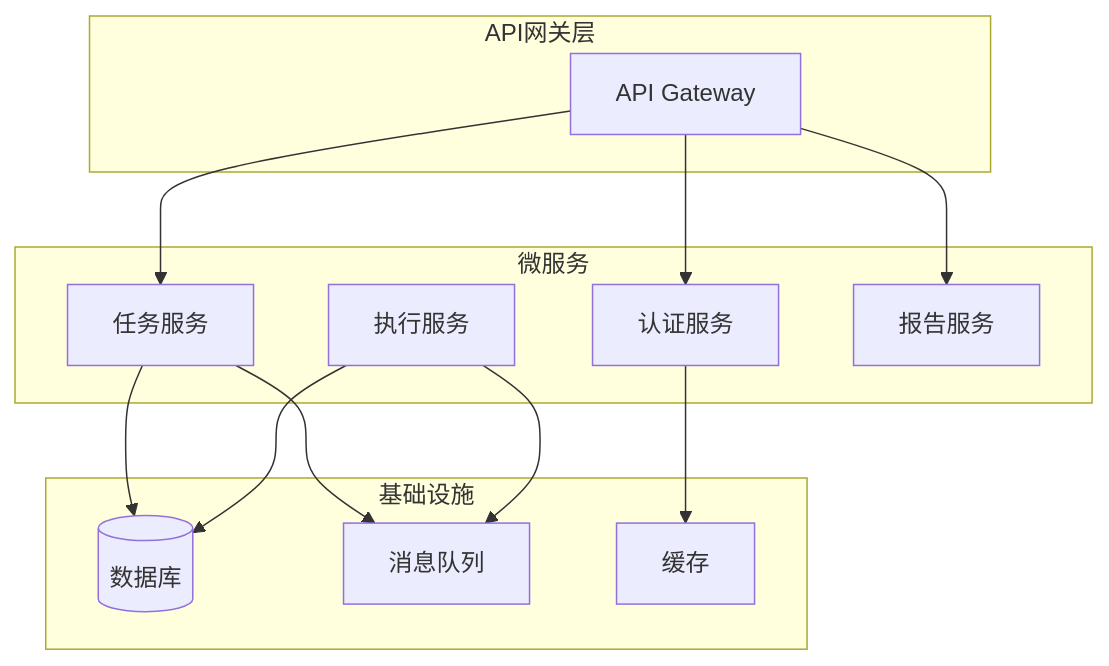
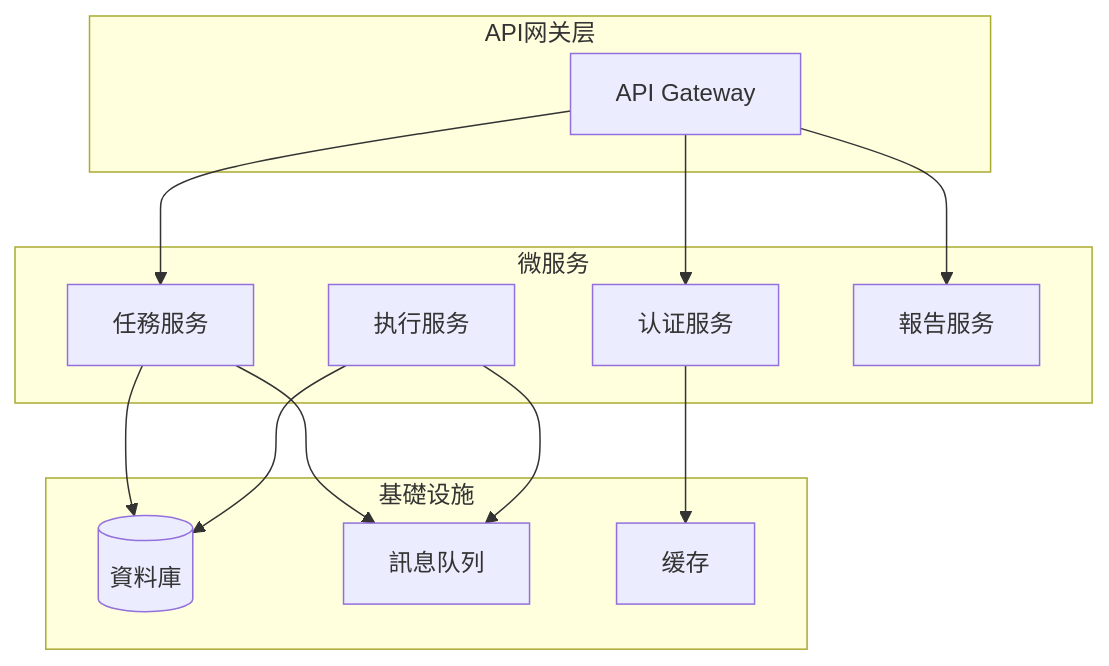
Before and after one commit to kmjade/knowledge-value: the diagram in 3 Resources/05-Reference/Documents/自动化工具对比.md, drawn with Mermaid. The commit also changed other lines of this file and 653 other files, not shown here.

````diff
--- a/3 Resources/05-Reference/Documents/自动化工具对比.md
+++ b/3 Resources/05-Reference/Documents/自动化工具对比.md
@@ -155,30 +155,30 @@
 ```mermaid
 graph TB
     subgraph "API网关层"
         GATEWAY[API Gateway]
     end
     
     subgraph "微服务"
         AUTH[认证服务]
-        TASK[任务服务]
+        TASK[任務服务]
         EXEC[执行服务]
-        REPORT[报告服务]
+        REPORT[報告服务]
     end
     
-    subgraph "基础设施"
-        DB[(数据库)]
-        QUEUE[消息队列]
+    subgraph "基礎设施"
+        DB[(資料庫)]
+        QUEUE[訊息队列]
         CACHE[缓存]
     end
     
     GATEWAY --> AUTH
     GATEWAY --> TASK
     GATEWAY --> REPORT
     
     TASK --> QUEUE
     EXEC --> QUEUE
     
     TASK --> DB
     EXEC --> DB
     AUTH --> CACHE
 ```
````
